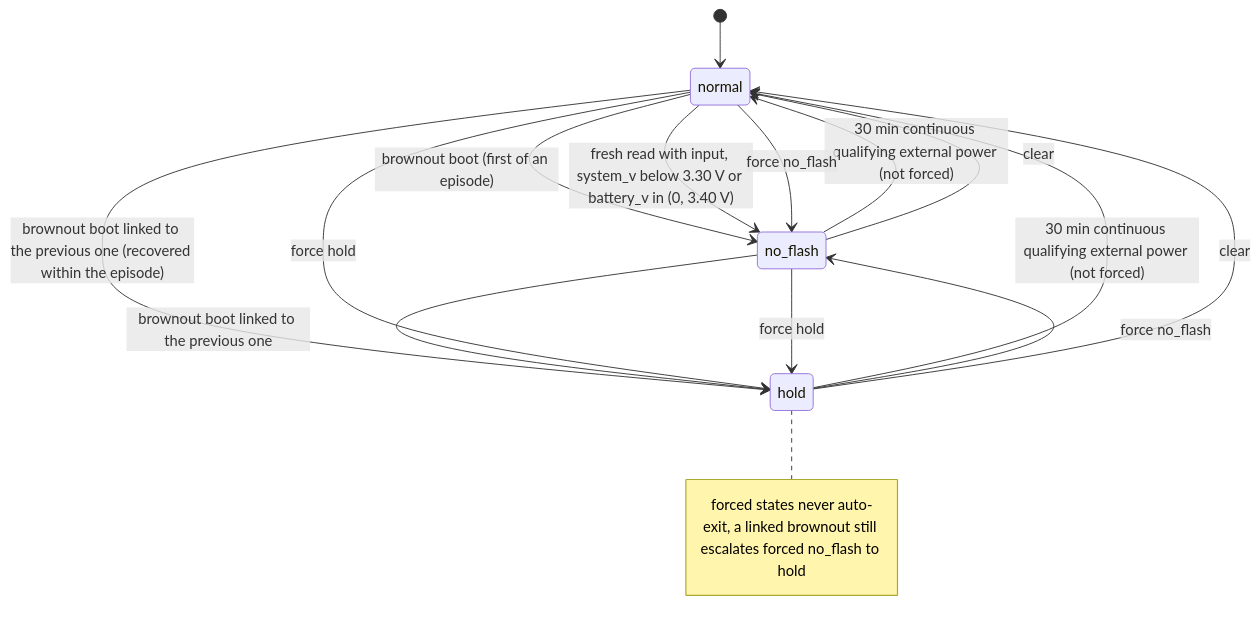
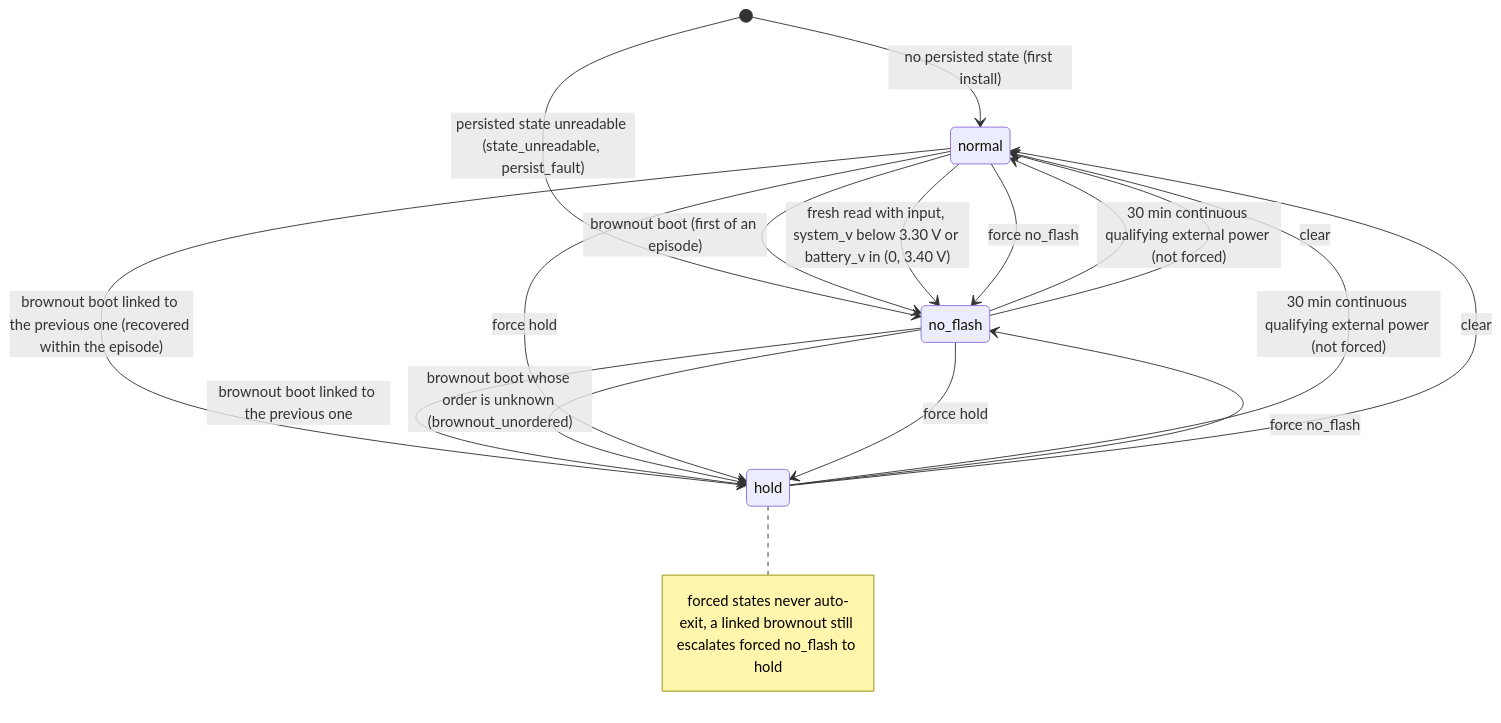
One commit to Jan-IngenHousz-Institute/ambyte-iot changed the first of 3 diagrams in docs/power-protect.md. Above: the diagram before and after it, drawn with Mermaid. The commit also changed other lines of this file and 16 other files, not shown here.

First line of the commit message:
fix(power): re-check protection at every update boundary and fail safe on unreadable or unordered state

````diff
--- a/docs/power-protect.md
+++ b/docs/power-protect.md
@@ -39,17 +39,19 @@
 ```mermaid
 stateDiagram-v2
-    [*] --> normal
+    [*] --> normal: no persisted state (first install)
+    [*] --> no_flash: persisted state unreadable (state_unreadable, persist_fault)
     normal --> no_flash: brownout boot (first of an episode)
     normal --> no_flash: fresh read with input, system_v below 3.30 V or battery_v in (0, 3.40 V)
     normal --> hold: brownout boot linked to the previous one (recovered within the episode)
     no_flash --> hold: brownout boot linked to the previous one
+    no_flash --> hold: brownout boot whose order is unknown (brownout_unordered)
     no_flash --> normal: 30 min continuous qualifying external power (not forced)
     hold --> normal: 30 min continuous qualifying external power (not forced)
     normal --> no_flash: force no_flash
     normal --> hold: force hold
     no_flash --> hold: force hold
     hold --> no_flash: force no_flash
     no_flash --> normal: clear
     hold --> normal: clear
     note right of hold: forced states never auto-exit, a linked brownout still escalates forced no_flash to hold
 ```
````
